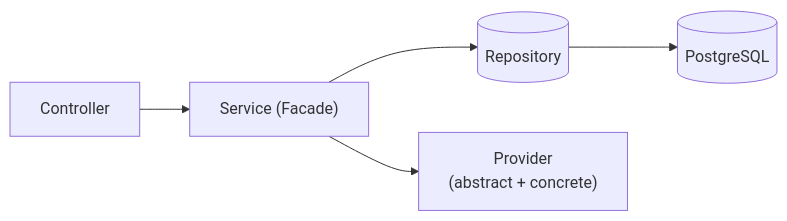
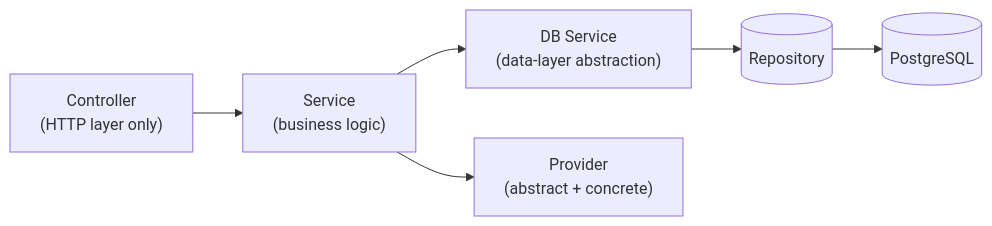
Before and after one commit to pranjalgain/innopeak: the diagram in apps/backend/docs/conventions/module-structure.md, drawn with Mermaid. The commit also changed other lines of this file and 285 other files, not shown here.

````diff
--- a/apps/backend/docs/conventions/module-structure.md
+++ b/apps/backend/docs/conventions/module-structure.md
@@ -32,7 +83,8 @@
 ```mermaid
 flowchart LR
-    Controller --> Service["Service (Facade)"]
-    Service --> Repo[(Repository)]
+    Controller["Controller\n(HTTP layer only)"] --> Service["Service\n(business logic)"]
+    Service --> DbService["DB Service\n(data-layer abstraction)"]
     Service --> Provider["Provider\n(abstract + concrete)"]
+    DbService --> Repo[(Repository)]
     Repo --> DB[(PostgreSQL)]
 ```
````
